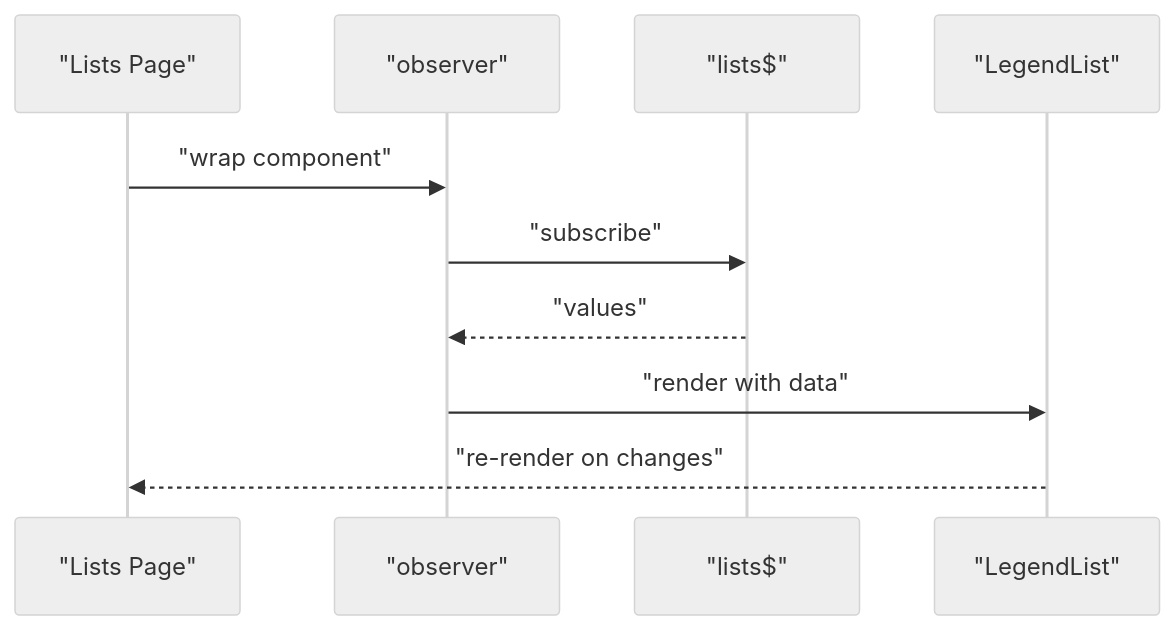
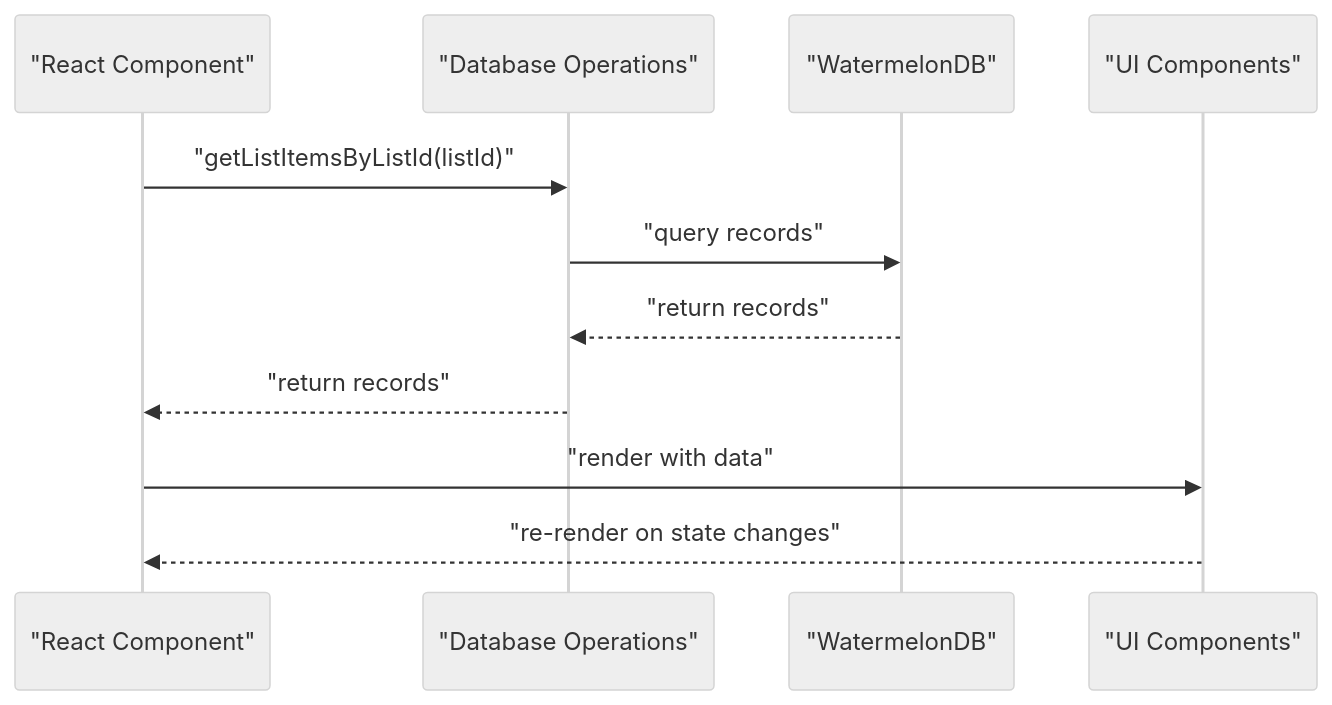
Before and after one commit to karllasouzza/PowerLists: the tenth of 11 diagrams in .qoder/repowiki/en/content/State Management Architecture/State Management Architecture.md, drawn with Mermaid (neutral theme). The commit also changed other lines of this file and 5 other files, not shown here.

````diff
--- a/.qoder/repowiki/en/content/State Management Architecture/State Management Architecture.md
+++ b/.qoder/repowiki/en/content/State Management Architecture/State Management Architecture.md
@@ -410,12 +423,13 @@
 ```mermaid
 sequenceDiagram
-participant Comp as "Lists Page"
-participant Obs as "observer"
-participant Store as "lists$"
-participant UI as "LegendList"
-Comp->>Obs : "wrap component"
-Obs->>Store : "subscribe"
-Store-->>Obs : "values"
-Obs->>UI : "render with data"
-UI-->>Comp : "re-render on changes"
+participant Comp as "React Component"
+participant Ops as "Database Operations"
+participant DB as "WatermelonDB"
+participant UI as "UI Components"
+Comp->>Ops : "getListItemsByListId(listId)"
+Ops->>DB : "query records"
+DB-->>Ops : "return records"
+Ops-->>Comp : "return records"
+Comp->>UI : "render with data"
+UI-->>Comp : "re-render on state changes"
 ```
````
